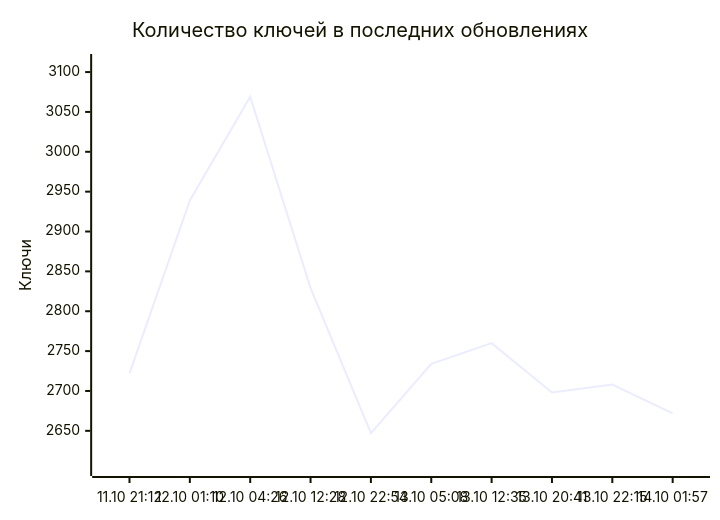
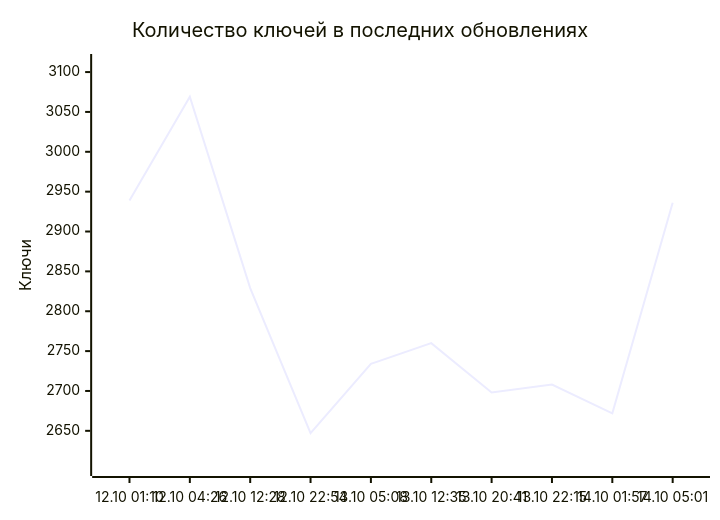
The diagram in README.md (markKikhtenko/WireVeil), drawn with Mermaid before and after one commit. The commit also changed other lines of this file and 12 other files, not shown here.

````diff
--- a/README.md
+++ b/README.md
@@ -55,7 +55,7 @@
 ```mermaid
 xychart-beta
     title "Количество ключей в последних обновлениях"
-    x-axis ["11.10 21:12", "12.10 01:10", "12.10 04:26", "12.10 12:28", "12.10 22:54", "13.10 05:08", "13.10 12:35", "13.10 20:41", "13.10 22:15", "14.10 01:57"]
+    x-axis ["12.10 01:10", "12.10 04:26", "12.10 12:28", "12.10 22:54", "13.10 05:08", "13.10 12:35", "13.10 20:41", "13.10 22:15", "14.10 01:57", "14.10 05:01"]
     y-axis "Ключи" 2604 --> 3112
-    line [2722, 2939, 3069, 2829, 2647, 2734, 2760, 2698, 2708, 2672]
+    line [2939, 3069, 2829, 2647, 2734, 2760, 2698, 2708, 2672, 2936]
 ```
````
